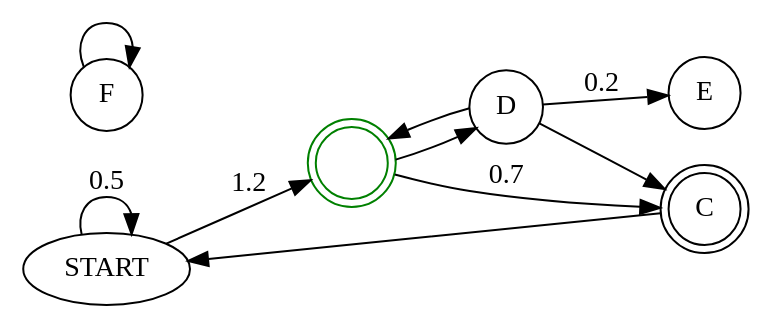
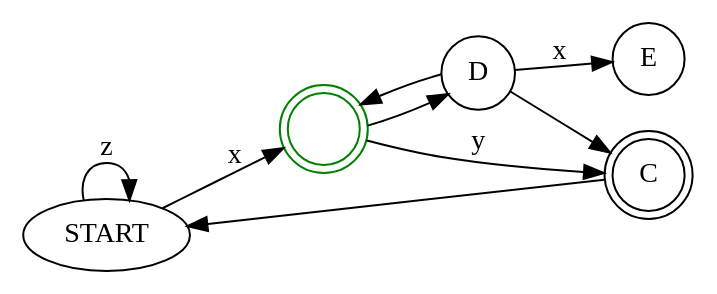
One commit to andrelago13/COMP changed the diagram in examples vis/teste2.dot. Above: the diagram before and after it, drawn with Graphviz. The commit also changed 1 other file, not shown here.

```diff
--- a/examples vis/teste2.dot
+++ b/examples vis/teste2.dot
@@ -1,20 +1,19 @@
 digraph {
   rankdir=LR;
   START;
   node [shape = doublecircle]; B C;
   node [shape = circle];
-  START -> START[label=0.5];
-  START -> B[label=1.2];
-  B -> C[label=0.7];
+  START -> START[label=z];
+  START -> B[label=x];
+  B -> C[label=y];
   C -> START;
   B -> D;
   D -> {B; C}
-  D -> E[label=0.2];
-  F -> F;
+  D -> E[label=x];
   
   B [
   	fontcolor=white,
   	color=green,
   	peripheries=2
   ];
 }
```
